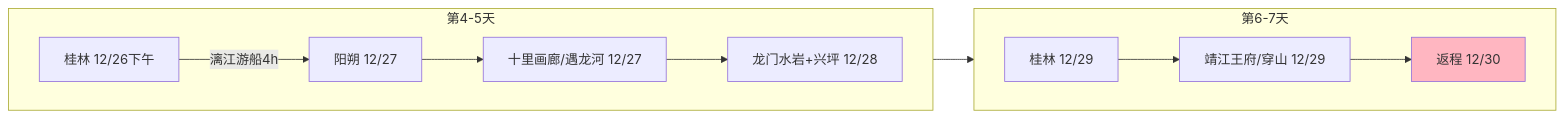
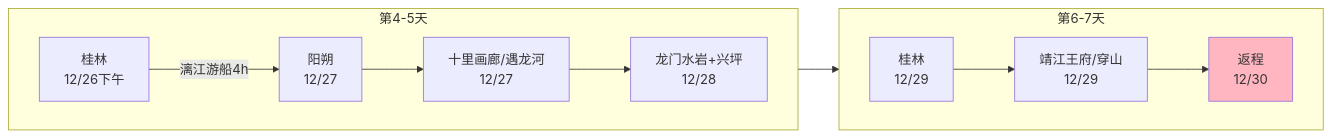
Before and after one commit to yzfneo/yzfneo.github.io: the second of 4 diagrams in _posts/2025-12-09-guangxi-travel.md, drawn with Mermaid. The commit also changed other lines of this file, not shown here.

First line of the commit message:
docs: enhance travel itinerary layout with Mermaid and table formatting

````diff
--- a/_posts/2025-12-09-guangxi-travel.md
+++ b/_posts/2025-12-09-guangxi-travel.md
@@ -33,18 +33,18 @@
 ```mermaid
 graph LR
     subgraph "第4-5天"
         direction LR
-        G[桂林 12/26下午] -->|漓江游船4h| H[阳朔 12/27]
-        H --> I[十里画廊/遇龙河 12/27]
-        I --> J[龙门水岩+兴坪 12/28]
+        G[桂林<br/>12/26下午] -->|漓江游船4h| H[阳朔<br/>12/27]
+        H --> I[十里画廊/遇龙河<br/>12/27]
+        I --> J[龙门水岩+兴坪<br/>12/28]
     end
 
     subgraph "第6-7天"
         direction LR
-        J --> K[桂林 12/29]
-        K --> L[靖江王府/穿山 12/29]
-        L --> M[返程 12/30]
+        J --> K[桂林<br/>12/29]
+        K --> L[靖江王府/穿山<br/>12/29]
+        L --> M[返程<br/>12/30]
     end
 
     style M fill:#FFB6C1
 ```
````
